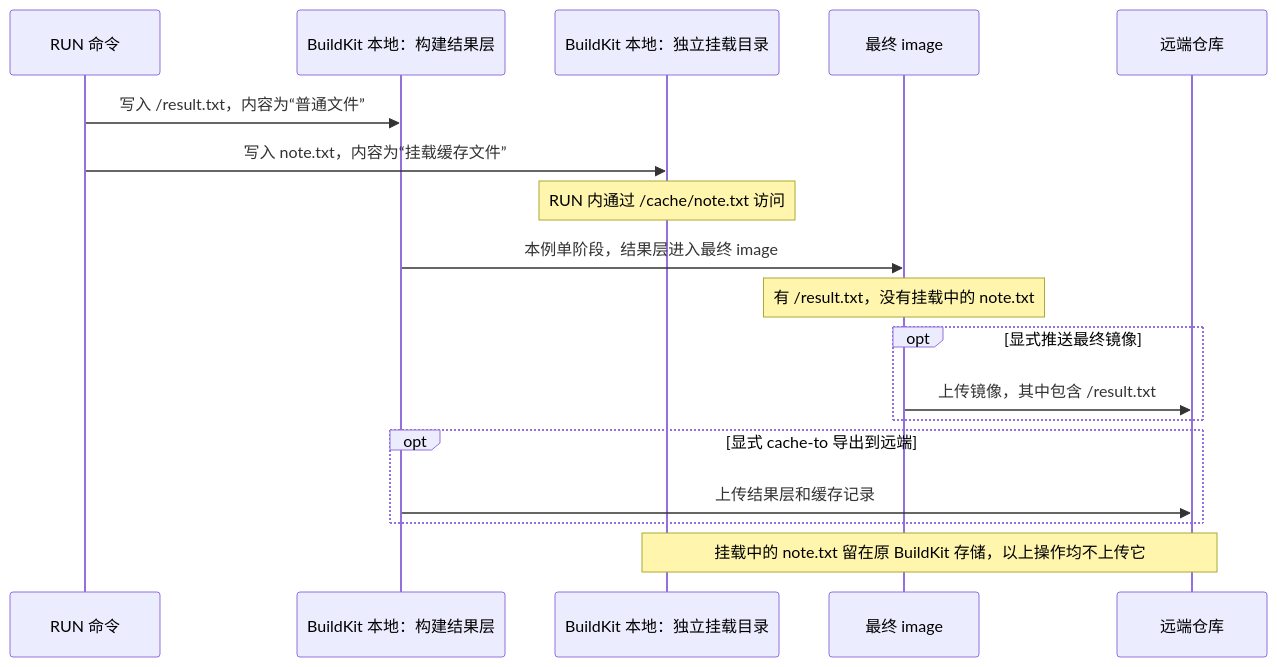
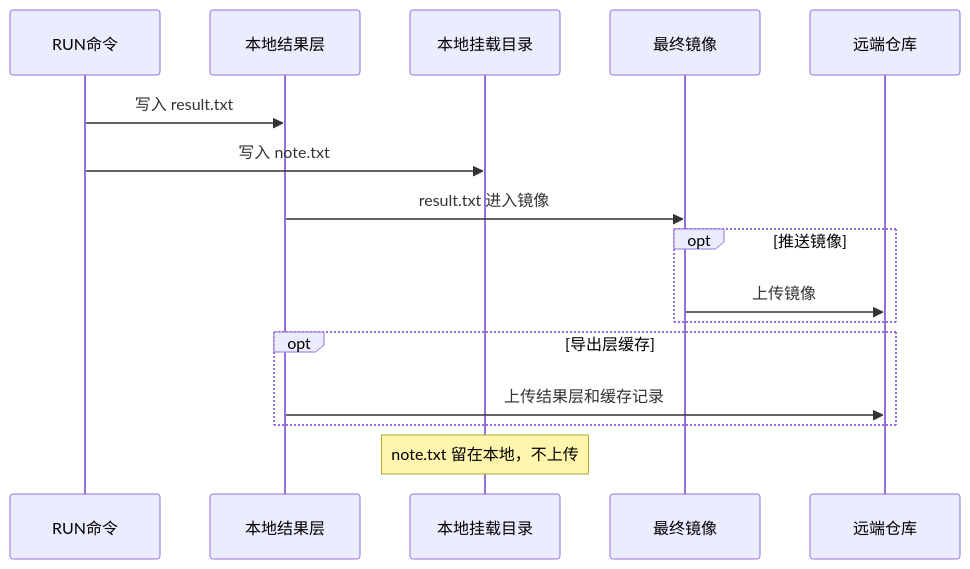
The third of 4 diagrams in docs/buildkit-tutorial.md (dddddd889/buildkit), drawn with Mermaid before and after one commit. The commit also changed other lines of this file, not shown here.

Commit message:
docs: 简化 Mermaid 时序图标签与注释

````diff
--- a/docs/buildkit-tutorial.md
+++ b/docs/buildkit-tutorial.md
@@ -1602,21 +1602,22 @@
 ```mermaid
 sequenceDiagram
-    participant R as RUN 命令
-    participant L as BuildKit 本地：构建结果层
-    participant C as BuildKit 本地：独立挂载目录
-    participant I as 最终 image
+    participant R as RUN命令
+    participant L as 本地结果层
+    participant C as 本地挂载目录
+    participant I as 最终镜像
     participant S as 远端仓库
 
-    R->>L: 写入 /result.txt，内容为“普通文件”
-    R->>C: 写入 note.txt，内容为“挂载缓存文件”
-    Note over C: RUN 内通过 /cache/note.txt 访问
-    L->>I: 本例单阶段，结果层进入最终 image
-    Note over I: 有 /result.txt，没有挂载中的 note.txt
-    opt 显式推送最终镜像
-        I->>S: 上传镜像，其中包含 /result.txt
+    R->>L: 写入 result.txt
+    R->>C: 写入 note.txt
+    L->>I: result.txt 进入镜像
+
+    opt 推送镜像
+        I->>S: 上传镜像
     end
-    opt 显式 cache-to 导出到远端
+
+    opt 导出层缓存
         L->>S: 上传结果层和缓存记录
     end
-    Note over C,S: 挂载中的 note.txt 留在原 BuildKit 存储，以上操作均不上传它
+
+    Note over C: note.txt 留在本地，不上传
 ```
````
